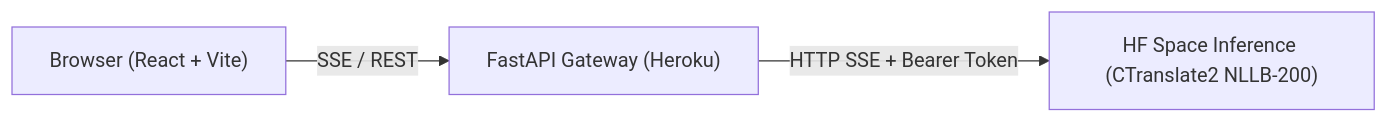
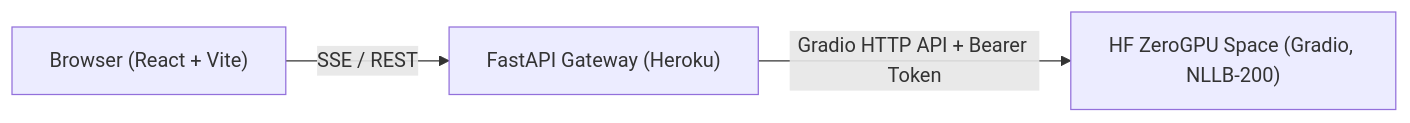
The diagram in README.md (danl1k3/BS_UA_Translator), drawn with Mermaid before and after one commit. The commit also changed other lines of this file and 1 other file, not shown here.

Commit message:
docs: describe the gateway and Gradio Space setup

````diff
--- a/README.md
+++ b/README.md
@@ -15,5 +15,5 @@
 ```mermaid
 flowchart LR
     User["Browser (React + Vite)"] -->|SSE / REST| Gateway["FastAPI Gateway (Heroku)"]
-    Gateway -->|HTTP SSE + Bearer Token| HF["HF Space Inference (CTranslate2 NLLB-200)"]
+    Gateway -->|Gradio HTTP API + Bearer Token| HF["HF ZeroGPU Space (Gradio, NLLB-200)"]
 ```
````
